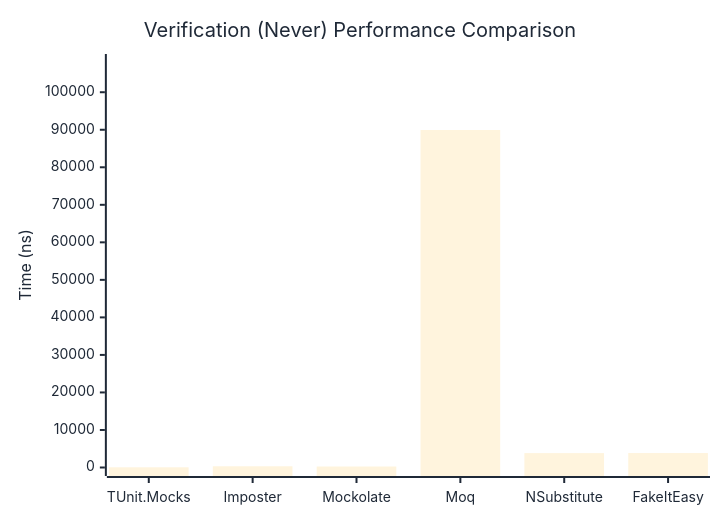
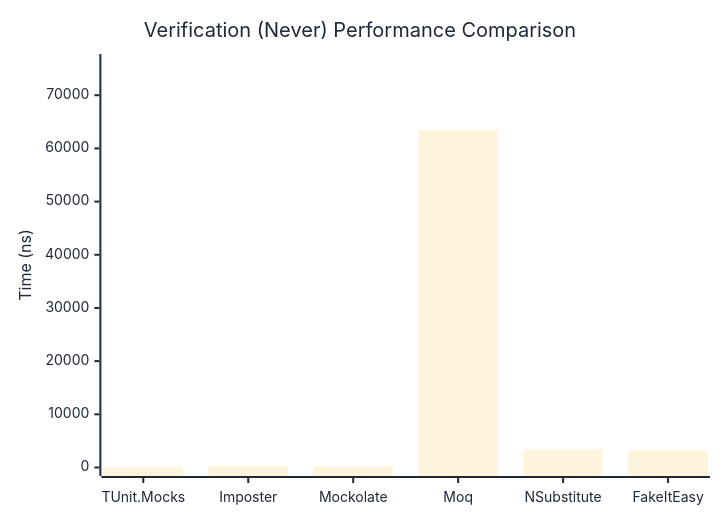
The second of 3 diagrams in docs/docs/benchmarks/mocks/Verification.md (thomhurst/TUnit), drawn with Mermaid before and after one commit. The commit also changed other lines of this file and 14 other files, not shown here.

````diff
--- a/docs/docs/benchmarks/mocks/Verification.md
+++ b/docs/docs/benchmarks/mocks/Verification.md
@@ -71,27 +71,27 @@
 ```mermaid
 %%{init: {
   'theme':'base',
   'themeVariables': {
     'primaryColor': '#2563eb',
     'primaryTextColor': '#1f2937',
     'primaryBorderColor': '#1e40af',
     'lineColor': '#6b7280',
     'secondaryColor': '#7c3aed',
     'tertiaryColor': '#dc2626',
     'background': '#ffffff',
     'pie1': '#2563eb',
     'pie2': '#7c3aed',
     'pie3': '#dc2626',
     'pie4': '#f59e0b',
     'pie5': '#10b981',
     'pie6': '#06b6d4',
     'pie7': '#ec4899',
     'pie8': '#6366f1'
   }
 }}%%
 xychart-beta
   title "Verification (Never) Performance Comparison"
   x-axis ["TUnit.Mocks", "Imposter", "Mockolate", "Moq", "NSubstitute", "FakeItEasy"]
-  y-axis "Time (ns)" 0 --> 107921
-  bar [52.27, 325.63, 263.19, 89933.78, 3838.44, 3853.79]
+  y-axis "Time (ns)" 0 --> 76153
+  bar [56, 330.03, 242.3, 63460.69, 3353.24, 3282.62]
 ```
````
